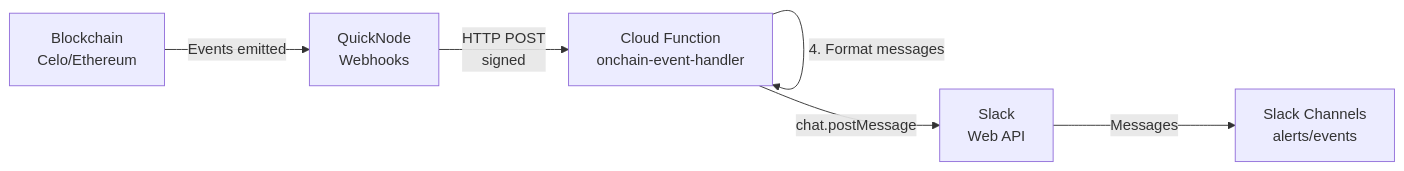
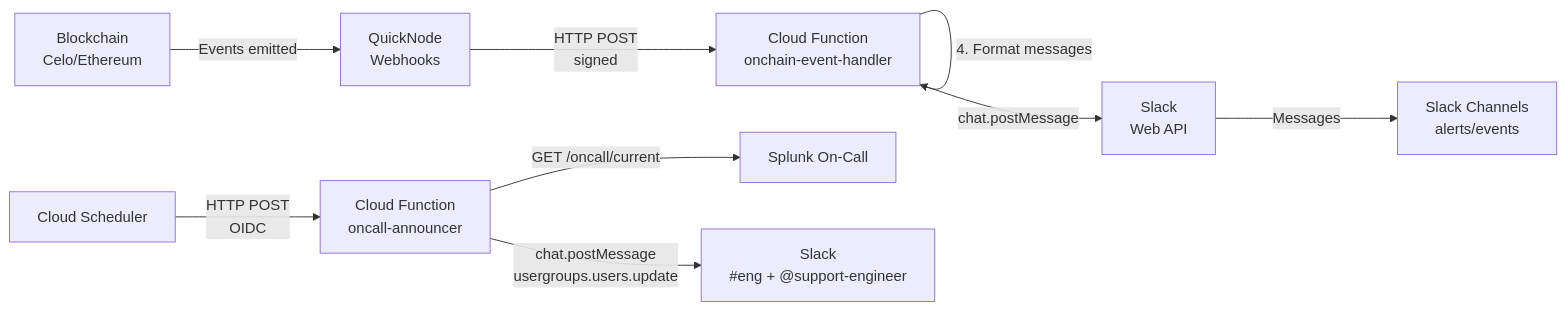
One commit to mento-protocol/monitoring-monorepo changed the diagram in alerts/infra/README.md. Above: the diagram before and after it, drawn with Mermaid. The commit also changed other lines of this file and 48 other files, not shown here.

Commit message:
feat: add Slack on-call announcer

````diff
--- a/alerts/infra/README.md
+++ b/alerts/infra/README.md
@@ -24,11 +25,14 @@
 ```mermaid
 graph LR
     A[Blockchain<br/>Celo/Ethereum] -->|Events emitted| B[QuickNode<br/>Webhooks]
     B -->|HTTP POST<br/>signed| C[Cloud Function<br/>onchain-event-handler]
     C -->|1. Verify signature| C
     C -->|2. Validate payload| C
     C -->|3. Process events| C
     C -->|4. Format messages| C
     C -->|chat.postMessage| D[Slack<br/>Web API]
     D -->|Messages| E[Slack Channels<br/>alerts/events]
+    F[Cloud Scheduler] -->|HTTP POST<br/>OIDC| G[Cloud Function<br/>oncall-announcer]
+    G -->|GET /oncall/current| H[Splunk On-Call]
+    G -->|chat.postMessage<br/>usergroups.users.update| I[Slack<br/>#eng + @support-engineer]
 ```
````
